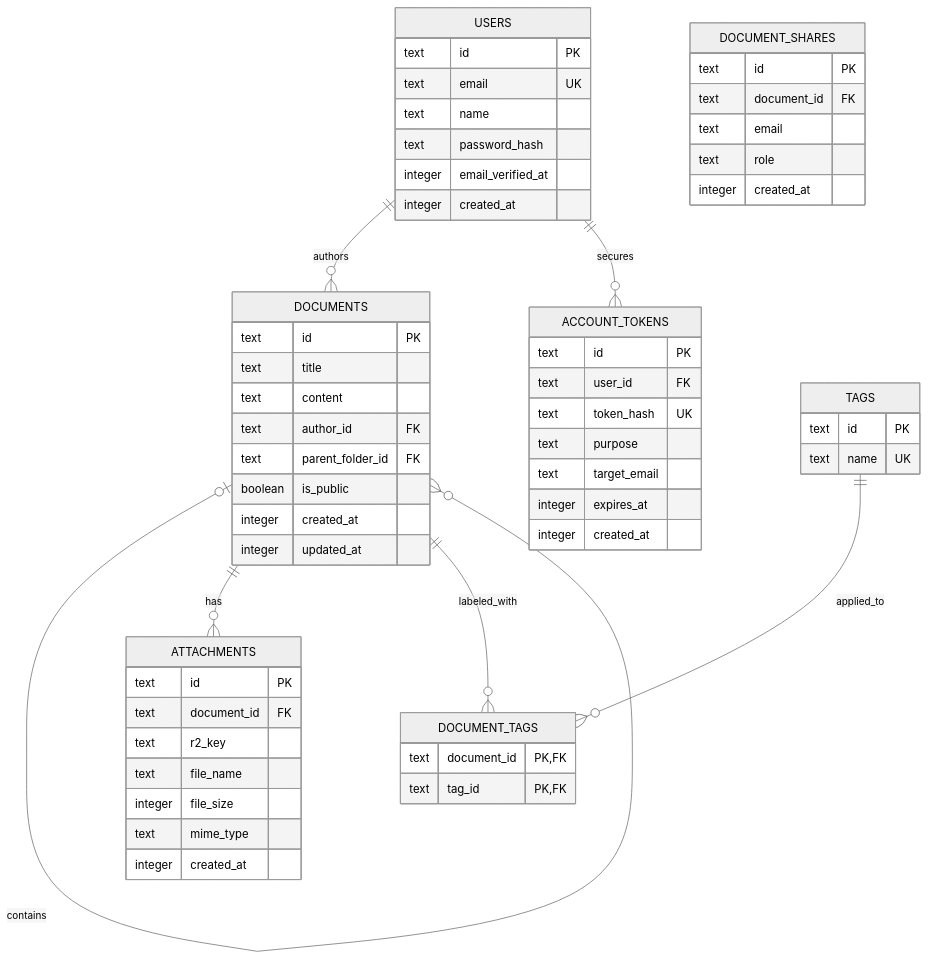
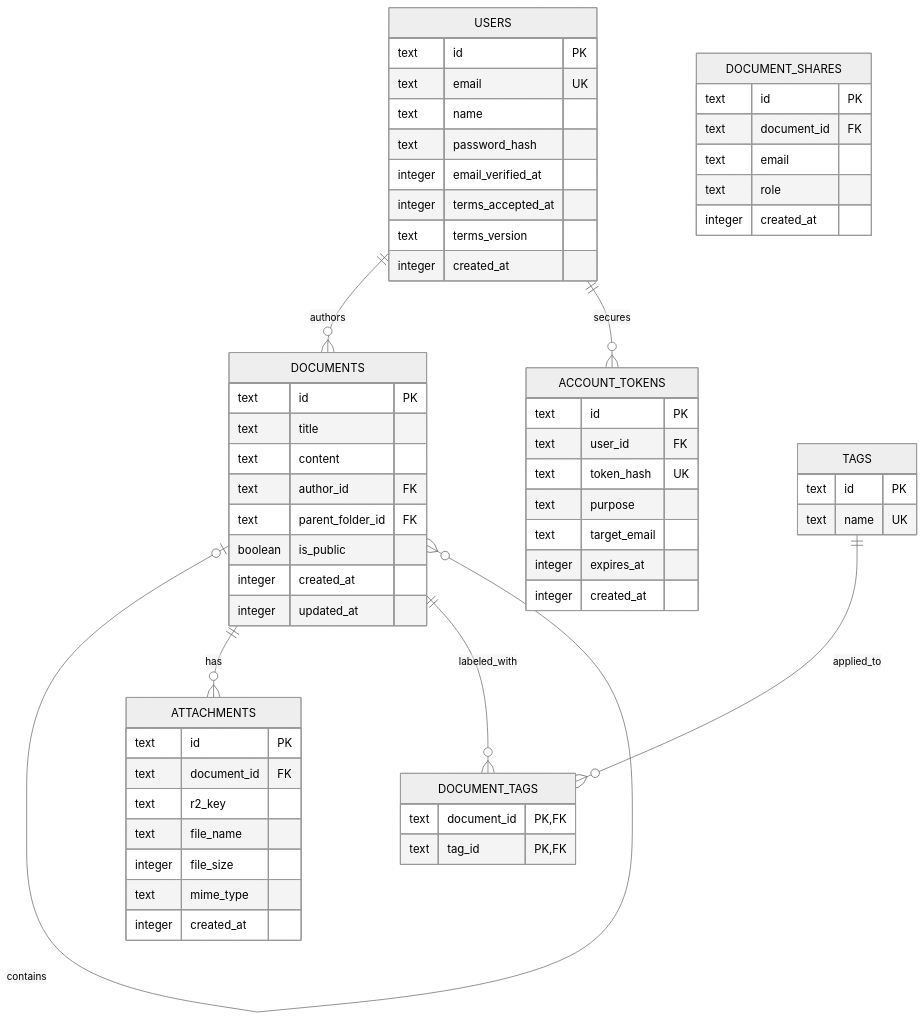
The diagram in docs/database-schema.md (Zariaa27/EdgeNote), drawn with Mermaid (neutral theme) before and after one commit. The commit also changed other lines of this file and 33 other files, not shown here.

````diff
--- a/docs/database-schema.md
+++ b/docs/database-schema.md
@@ -7,61 +7,63 @@
 ```mermaid
 erDiagram
     USERS ||--o{ DOCUMENTS : authors
     USERS ||--o{ ACCOUNT_TOKENS : secures
     DOCUMENTS o|--o{ DOCUMENTS : contains
     DOCUMENTS ||--o{ ATTACHMENTS : has
     DOCUMENTS ||--o{ DOCUMENT_TAGS : labeled_with
     TAGS ||--o{ DOCUMENT_TAGS : applied_to
 
     USERS {
         text id PK
         text email UK
         text name
         text password_hash
         integer email_verified_at
+        integer terms_accepted_at
+        text terms_version
         integer created_at
     }
     ACCOUNT_TOKENS {
         text id PK
         text user_id FK
         text token_hash UK
         text purpose
         text target_email
         integer expires_at
         integer created_at
     }
     DOCUMENTS {
         text id PK
         text title
         text content
         text author_id FK
         text parent_folder_id FK
         boolean is_public
         integer created_at
         integer updated_at
     }
     DOCUMENT_SHARES {
         text id PK
         text document_id FK
         text email
         text role
         integer created_at
     }
     TAGS {
         text id PK
         text name UK
     }
     DOCUMENT_TAGS {
         text document_id PK,FK
         text tag_id PK,FK
     }
     ATTACHMENTS {
         text id PK
         text document_id FK
         text r2_key
         text file_name
         integer file_size
         text mime_type
         integer created_at
     }
 ```
````
